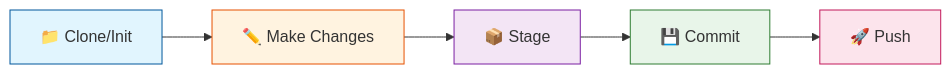
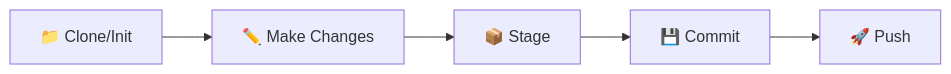
The first of 3 diagrams in README.md (nihalgbailur/github_commands), drawn with Mermaid before and after one commit. The commit also changed other lines of this file, not shown here.

Commit message:
fix: improve diagram text visibility

````diff
--- a/README.md
+++ b/README.md
@@ -48,13 +48,7 @@
 ```mermaid
 flowchart LR
     A[📁 Clone/Init] --> B[✏️ Make Changes]
     B --> C[📦 Stage]
     C --> D[💾 Commit]
     D --> E[🚀 Push]
-    
-    style A fill:#e1f5fe,stroke:#01579b
-    style B fill:#fff3e0,stroke:#e65100
-    style C fill:#f3e5f5,stroke:#7b1fa2
-    style D fill:#e8f5e9,stroke:#2e7d32
-    style E fill:#fce4ec,stroke:#c2185b
 ```
````
